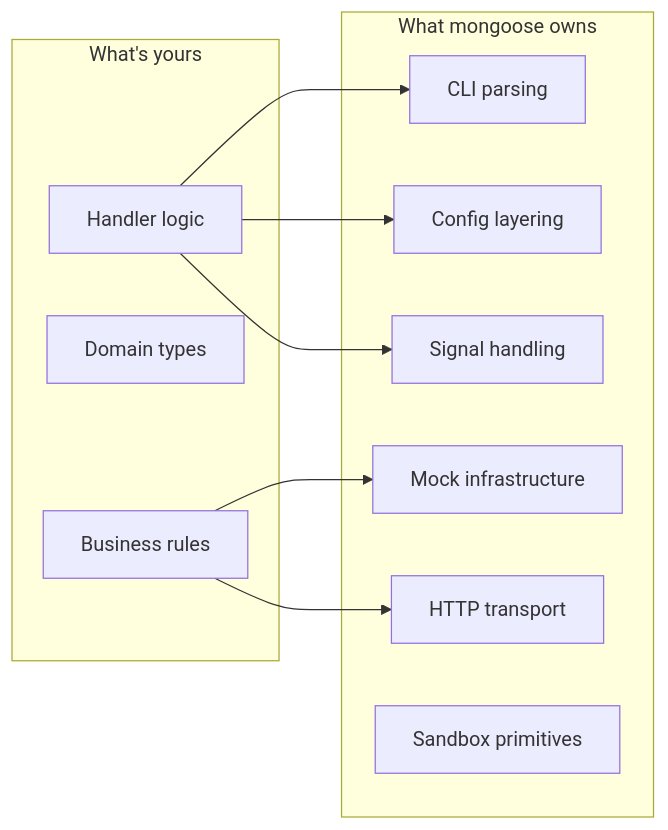
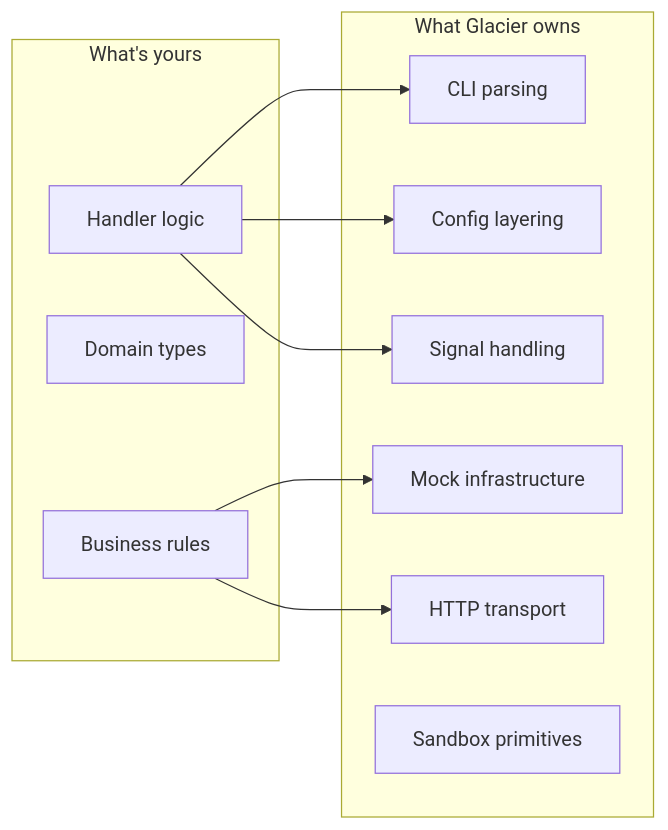
Before and after one commit to nathanbrophy/glacier: the diagram in specs/0001-brand-identity.md, drawn with Mermaid. The commit also changed other lines of this file and 11 other files, not shown here.

First line of the commit message:
rebrand: mongoose → Glacier sweep

````diff
--- a/specs/0001-brand-identity.md
+++ b/specs/0001-brand-identity.md
@@ -36,23 +36,23 @@
 ```mermaid
 flowchart LR
   subgraph Yours [What's yours]
     A[Handler logic]
     B[Domain types]
     C[Business rules]
   end
 
-  subgraph Mongoose [What mongoose owns]
+  subgraph Glacier [What Glacier owns]
     D[CLI parsing]
     E[Config layering]
     F[Signal handling]
     G[Mock infrastructure]
     H[HTTP transport]
     I[Sandbox primitives]
   end
 
   A --> D
   A --> E
   A --> F
   C --> G
   C --> H
 ```
````
